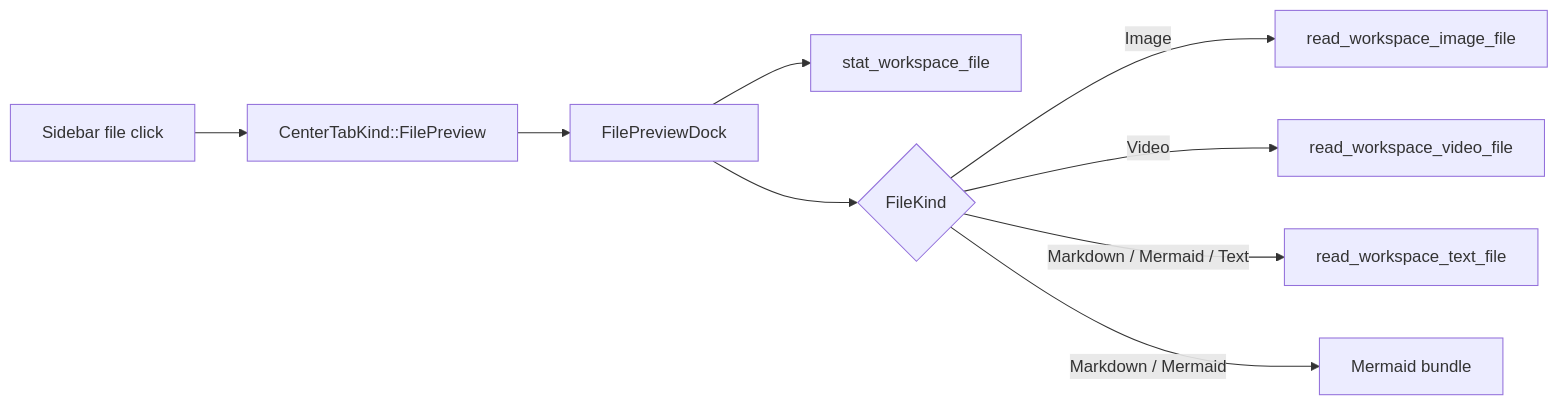
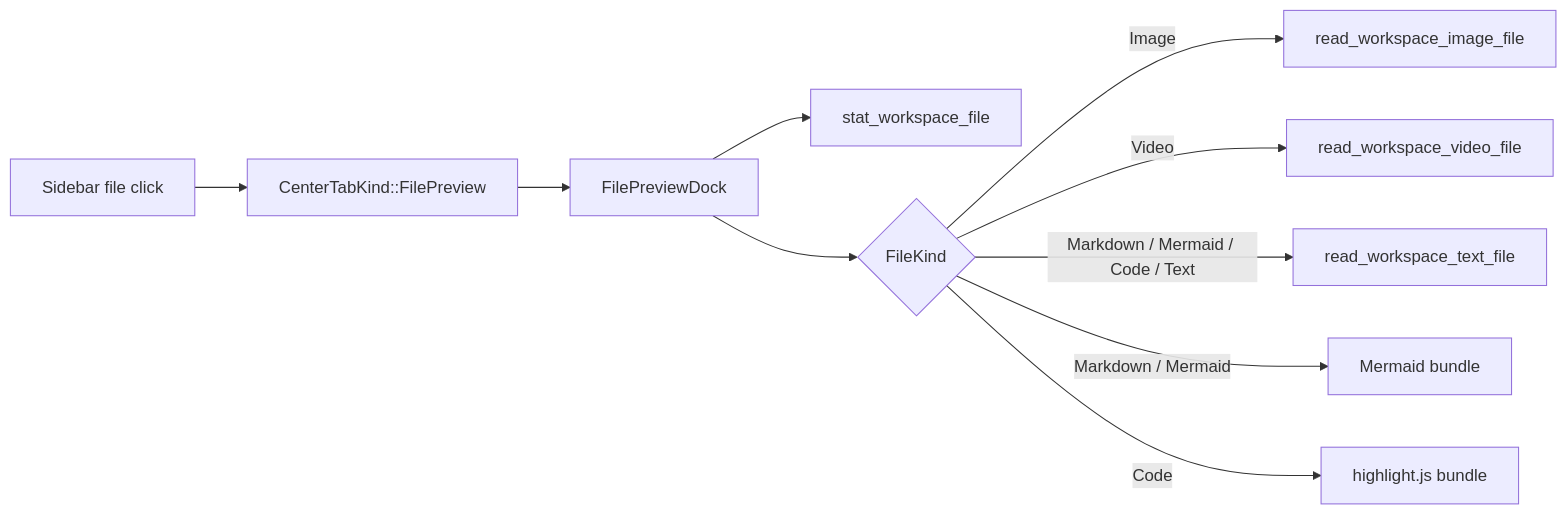
One commit to Bitslix/BLXCode changed the fourth of 5 diagrams in docs/developer/architecture.md. Above: the diagram before and after it, drawn with Mermaid. The commit also changed other lines of this file and 11 other files, not shown here.

````diff
--- a/docs/developer/architecture.md
+++ b/docs/developer/architecture.md
@@ -183,18 +185,20 @@
 ```mermaid
 flowchart LR
   Click[Sidebar file click]
   Tab[CenterTabKind::FilePreview]
   Dock[FilePreviewDock]
   Stat[stat_workspace_file]
   Disp{FileKind}
   Img[read_workspace_image_file]
   Vid[read_workspace_video_file]
   Txt[read_workspace_text_file]
   Mer[Mermaid bundle]
+  Hjs[highlight.js bundle]
   Click --> Tab --> Dock --> Stat
   Dock --> Disp
   Disp -->|Image| Img
   Disp -->|Video| Vid
-  Disp -->|Markdown / Mermaid / Text| Txt
+  Disp -->|Markdown / Mermaid / Code / Text| Txt
   Disp -->|Markdown / Mermaid| Mer
+  Disp -->|Code| Hjs
 ```
````
